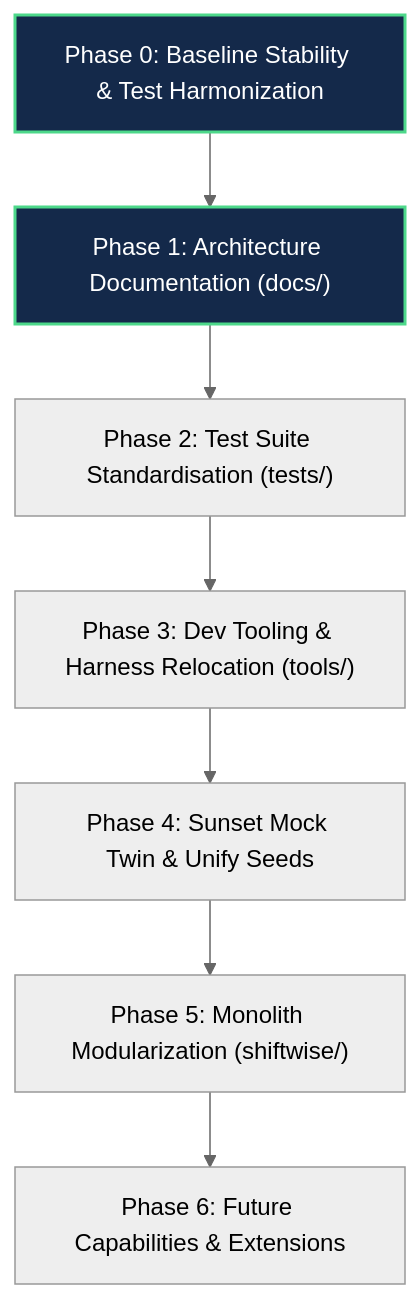
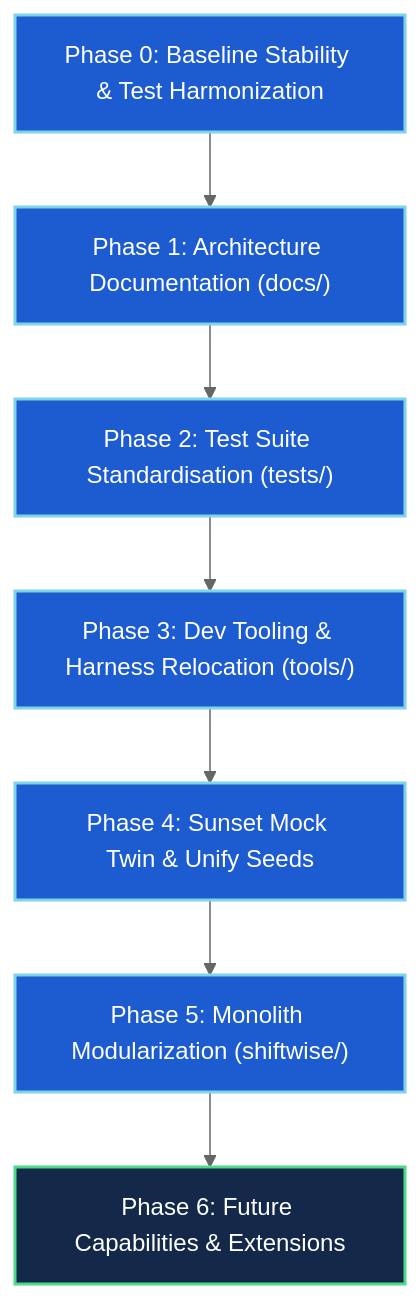
Before and after one commit to clain1016/shiftwise-suite: the second of 2 diagrams in ShiftWise Suite reorganization plan.md, drawn with Mermaid (neutral theme). The commit also changed 1 other file, not shown here.

Commit message:
fix: resolve DB_PATH descriptor specialization for Python 3.14 and update reorganization plan status

````diff
--- a/ShiftWise Suite reorganization plan.md
+++ b/ShiftWise Suite reorganization plan.md
@@ -200,13 +200,14 @@
 ```mermaid
 flowchart TD
     P0["Phase 0: Baseline Stability & Test Harmonization"] --> P1["Phase 1: Architecture Documentation (docs/)"]
     P1 --> P2["Phase 2: Test Suite Standardisation (tests/)"]
     P2 --> P3["Phase 3: Dev Tooling & Harness Relocation (tools/)"]
     P3 --> P4["Phase 4: Sunset Mock Twin & Unify Seeds"]
     P4 --> P5["Phase 5: Monolith Modularization (shiftwise/)"]
     P5 --> P6["Phase 6: Future Capabilities & Extensions"]
 
     classDef done fill:#1c5cd0,stroke:#7fd3e8,stroke-width:2px,color:#fff;
     classDef curr fill:#14294a,stroke:#4dd88a,stroke-width:2px,color:#fff;
-    class P0,P1 curr;
+    class P0,P1,P2,P3,P4,P5 done;
+    class P6 curr;
 ```
````
